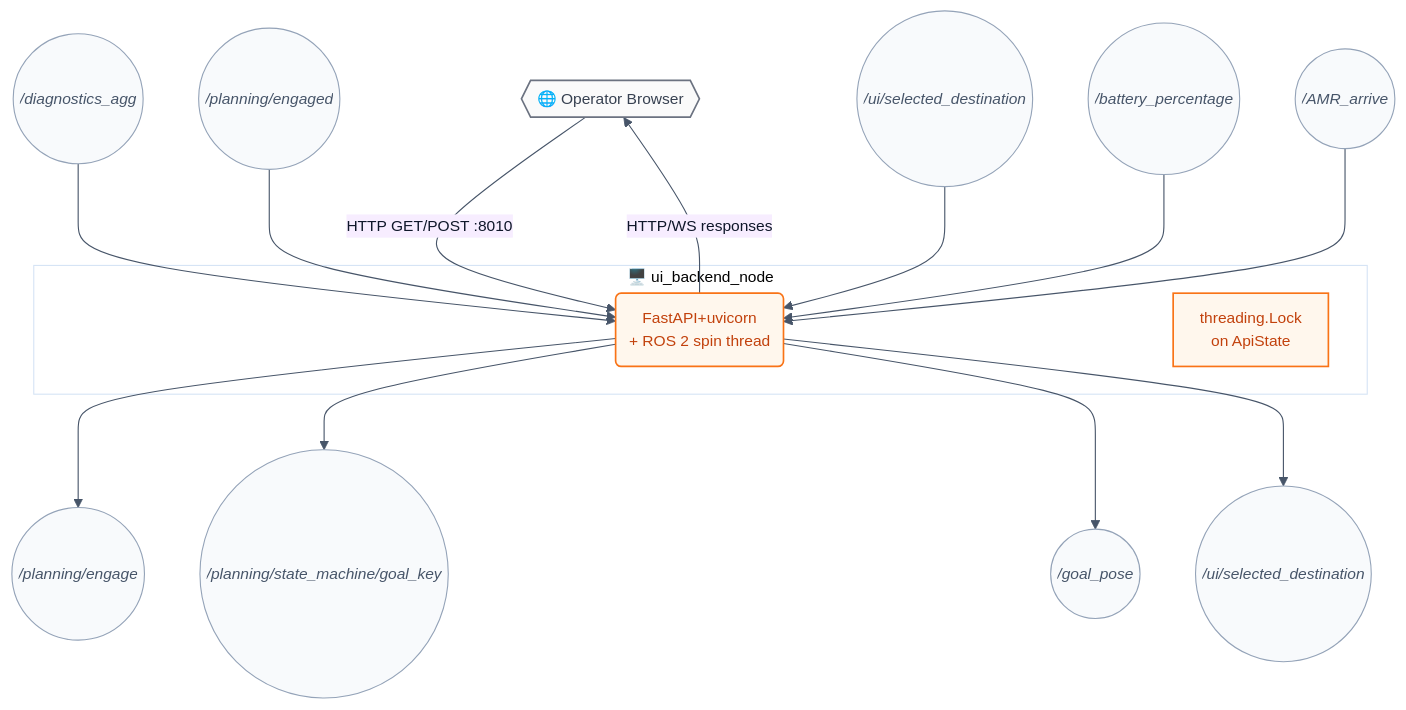
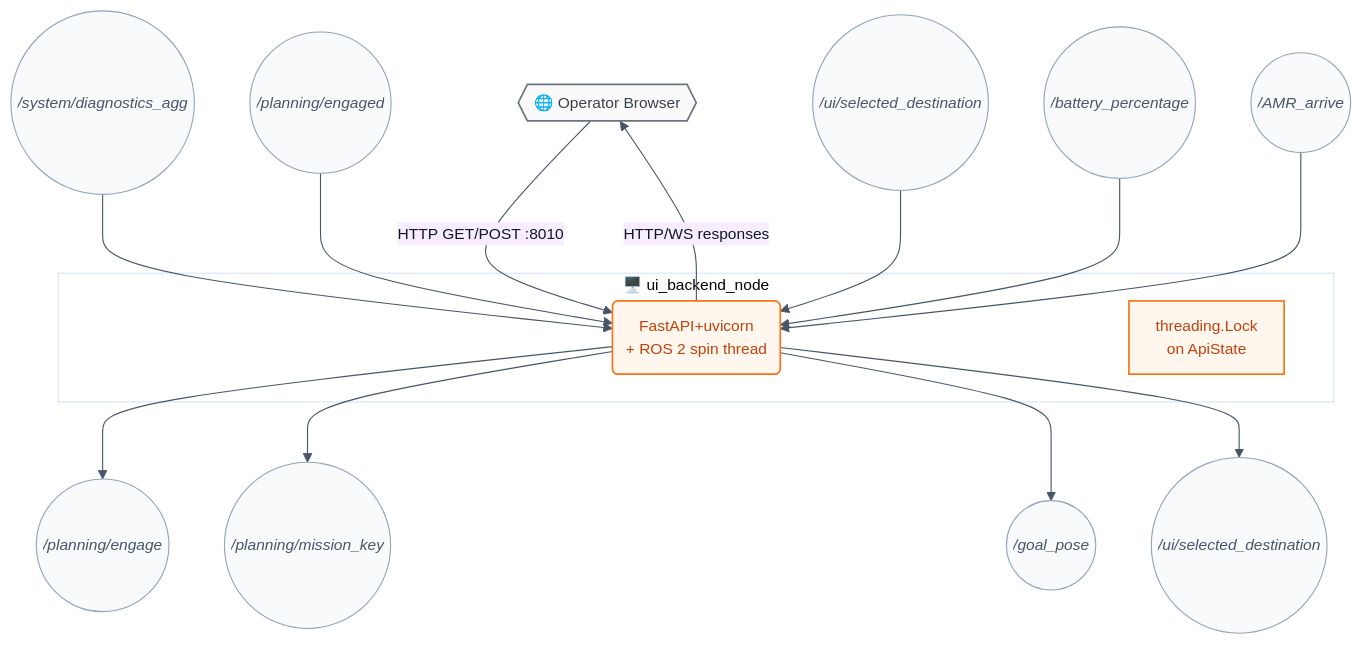
The second of 5 diagrams in camrod_ui/README.md (hwanhonglee/CAMROD), drawn with Mermaid before and after one commit. The commit also changed other lines of this file and 184 other files, not shown here.

````diff
--- a/camrod_ui/README.md
+++ b/camrod_ui/README.md
@@ -76,26 +82,26 @@
 ```mermaid
 %%{init: {'theme': 'base', 'themeVariables': {'fontFamily': 'ui-sans-serif, system-ui, sans-serif', 'fontSize': '14px', 'primaryColor': '#FFF7ED', 'primaryTextColor': '#0F172A', 'primaryBorderColor': '#F97316', 'lineColor': '#475569'}, 'flowchart': {'curve': 'basis', 'htmlLabels': true, 'padding': 12}}}%%
 graph TD
   BROWSER{{🌐 Operator Browser}}:::hardware -->|HTTP GET/POST :8010| BACKEND
 
   subgraph BACKEND_BOX["🖥️ ui_backend_node"]
     BACKEND(FastAPI+uvicorn\n+ ROS 2 spin thread):::ui
     NOTE[threading.Lock\non ApiState]:::ui
   end
 
-  DIAGAGG((/diagnostics_agg)):::topic     --> BACKEND
+  DIAGAGG((/system/diagnostics_agg)):::topic     --> BACKEND
   ENGAGED((/planning/engaged)):::topic    --> BACKEND
   DEST((/ui/selected_destination)):::topic --> BACKEND
   BATTERY((/battery_percentage)):::topic  --> BACKEND
   ARRIVE((/AMR_arrive)):::topic           --> BACKEND
 
   BACKEND -->|HTTP/WS responses| BROWSER
   BACKEND --> ENGAGE((/planning/engage)):::topic
-  BACKEND --> GOALKEY((/planning/state_machine/goal_key)):::topic
+  BACKEND --> MISSIONKEY((/planning/mission_key)):::topic
   BACKEND --> GOALPOSE((/goal_pose)):::topic
   BACKEND --> DEST2((/ui/selected_destination)):::topic
 
   classDef ui       fill:#FFF7ED,stroke:#F97316,stroke-width:1.5px,color:#C2410C;
   classDef hardware fill:#FAFAFA,stroke:#6B7280,stroke-width:1.5px,color:#374151;
   classDef topic    fill:#F8FAFC,stroke:#94A3B8,stroke-width:1px,color:#475569,font-style:italic;
 ```
````
